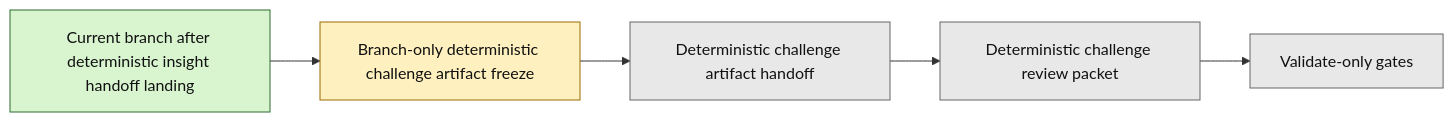
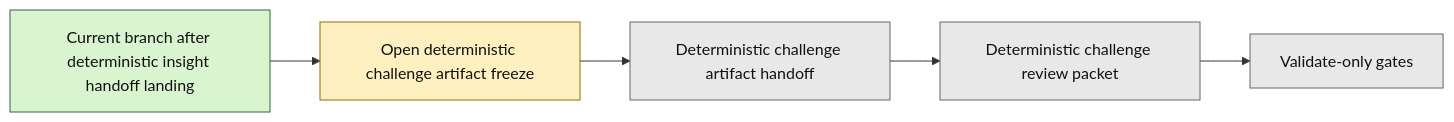
One commit to benjmcd/project6_REPO_MCP_FOLDER changed the second of 2 diagrams in next_milestone_plans/layer3_progress_board.md. Above: the diagram before and after it, drawn with Mermaid. The commit also changed other lines of this file and 9 other files, not shown here.

Commit message:
docs(layer3): mark deterministic challenge freeze open

````diff
--- a/next_milestone_plans/layer3_progress_board.md
+++ b/next_milestone_plans/layer3_progress_board.md
@@ -152,15 +152,15 @@
 ```mermaid
 flowchart LR
-    A["Current branch after deterministic insight handoff landing"] --> B["Branch-only deterministic challenge artifact freeze"]
+    A["Current branch after deterministic insight handoff landing"] --> B["Open deterministic challenge artifact freeze"]
     B --> C["Deterministic challenge artifact handoff"]
     C --> D["Deterministic challenge review packet"]
     D --> E["Validate-only gates"]
 
     classDef done fill:#d8f5d0,stroke:#2f6b2f,color:#111;
     classDef planned fill:#fff1bf,stroke:#9a6b00,color:#111;
     classDef future fill:#e8e8e8,stroke:#666,color:#111;
 
     class A done;
     class B planned;
     class C,D,E future;
 ```
````
